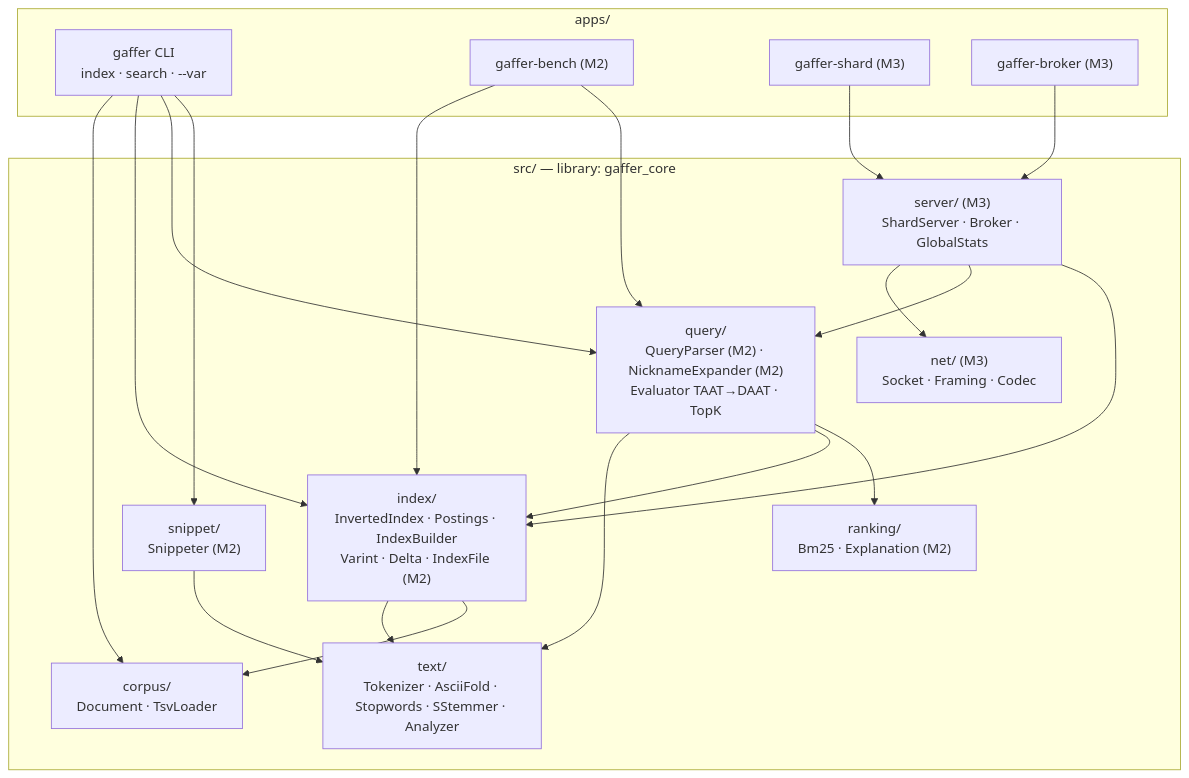
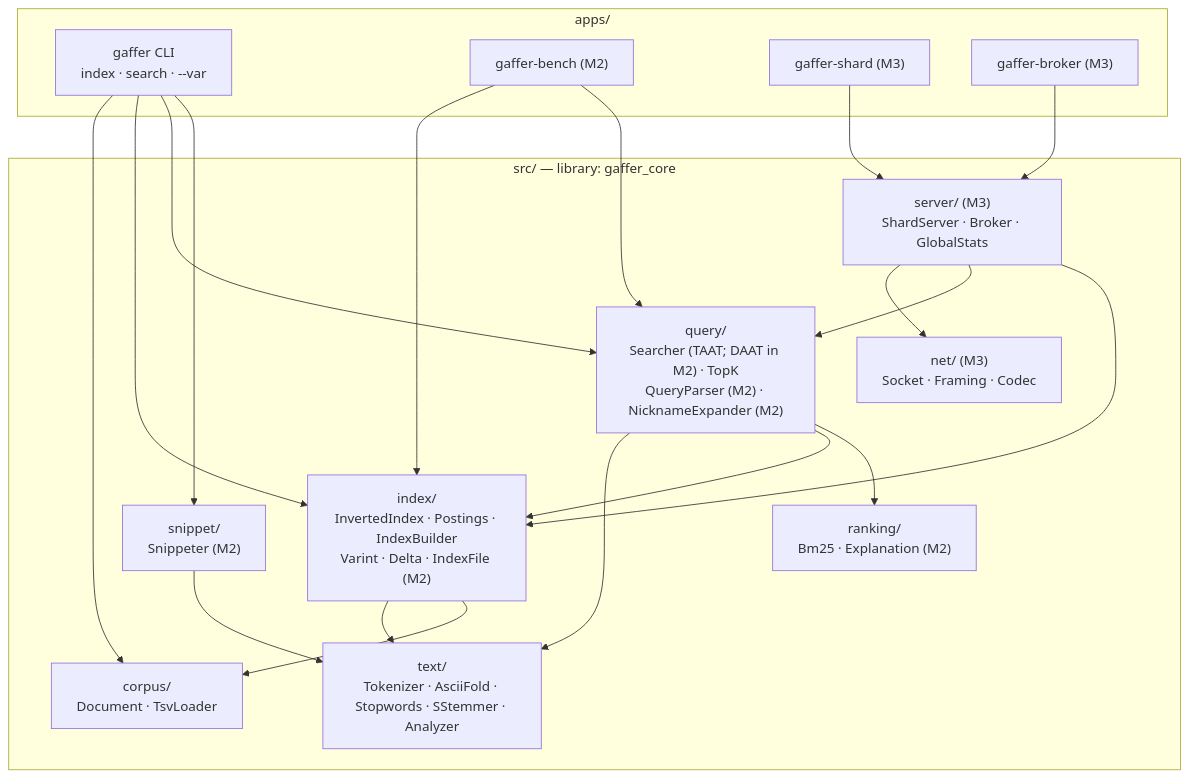
Before and after one commit to siddharth-sarma5/gaffer-search: the second of 5 diagrams in docs/ARCHITECTURE.md, drawn with Mermaid. The commit also changed other lines of this file and 4 other files, not shown here.

First line of the commit message:
docs: write README quickstart and sample output; update architecture

````diff
--- a/docs/ARCHITECTURE.md
+++ b/docs/ARCHITECTURE.md
@@ -27,29 +27,29 @@
 ```mermaid
 flowchart TB
     subgraph apps[apps/]
         cli["gaffer CLI<br/>index · search · --var"]
         bench["gaffer-bench (M2)"]
         shard["gaffer-shard (M3)"]
         broker["gaffer-broker (M3)"]
     end
 
     subgraph core["src/ — library: gaffer_core"]
         corpusm["corpus/<br/>Document · TsvLoader"]
         text["text/<br/>Tokenizer · AsciiFold · Stopwords · SStemmer · Analyzer"]
         index["index/<br/>InvertedIndex · Postings · IndexBuilder<br/>Varint · Delta · IndexFile (M2)"]
         ranking["ranking/<br/>Bm25 · Explanation (M2)"]
-        query["query/<br/>QueryParser (M2) · NicknameExpander (M2)<br/>Evaluator TAAT→DAAT · TopK"]
+        query["query/<br/>Searcher (TAAT; DAAT in M2) · TopK<br/>QueryParser (M2) · NicknameExpander (M2)"]
         snippet["snippet/<br/>Snippeter (M2)"]
         net["net/ (M3)<br/>Socket · Framing · Codec"]
         server["server/ (M3)<br/>ShardServer · Broker · GlobalStats"]
     end
 
     cli --> corpusm & index & query & snippet
     bench --> index & query
     shard --> server
     broker --> server
     server --> net & query & index
     query --> text & index & ranking
     index --> text & corpusm
     snippet --> text
 ```
````
